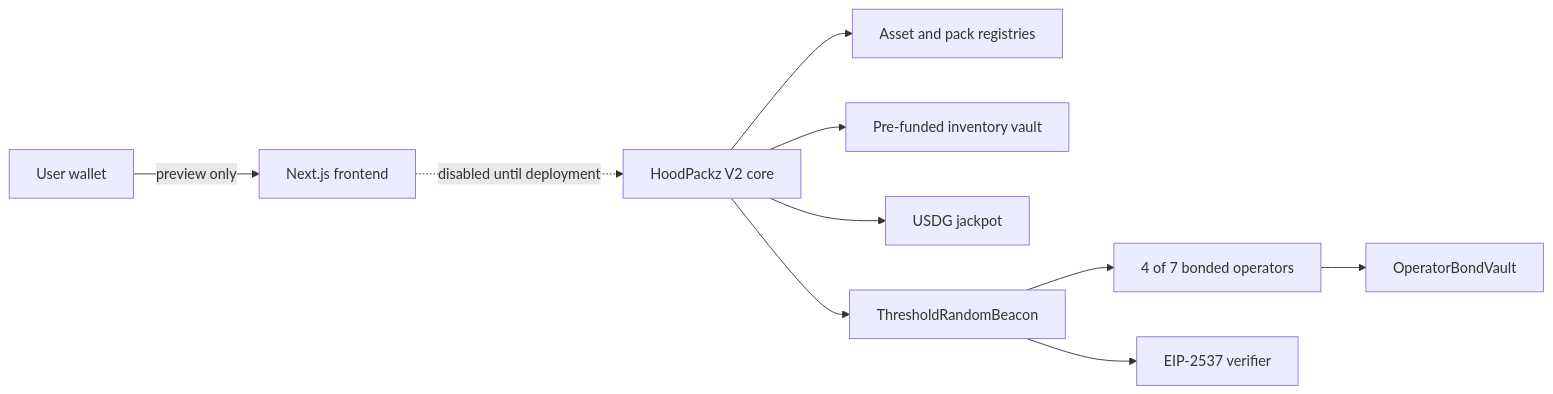
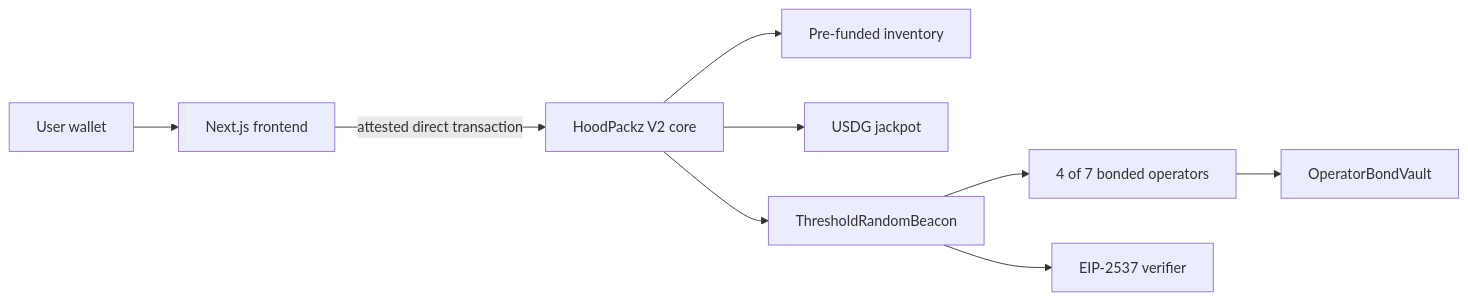
One commit to Jaredweb3here/pakz changed the diagram in README.md. Above: the diagram before and after it, drawn with Mermaid. The commit also changed other lines of this file and 8 other files, not shown here.

Commit message:
feat: add funded HoodPackz V2 core

````diff
--- a/README.md
+++ b/README.md
@@ -65,12 +70,11 @@
 ```mermaid
 flowchart LR
-    U[User wallet] -->|preview only| FE[Next.js frontend]
-    FE -. disabled until deployment .-> CORE[HoodPackz V2 core]
-    CORE --> REG[Asset and pack registries]
-    CORE --> INV[Pre-funded inventory vault]
+    U[User wallet] --> FE[Next.js frontend]
+    FE -->|attested direct transaction| CORE[HoodPackz V2 core]
+    CORE --> INV[Pre-funded inventory]
     CORE --> JP[USDG jackpot]
     CORE --> BEACON[ThresholdRandomBeacon]
     BEACON --> OPS[4 of 7 bonded operators]
     OPS --> BOND[OperatorBondVault]
     BEACON --> VER[EIP-2537 verifier]
 ```
````
